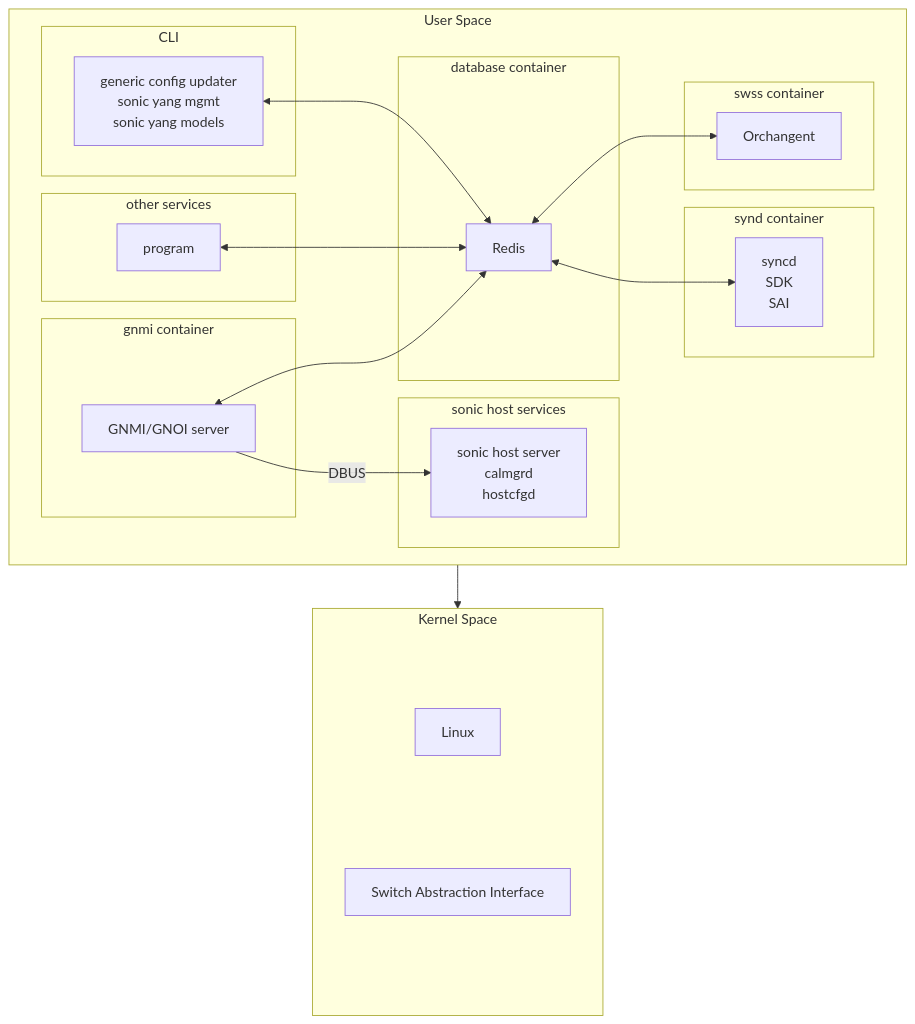
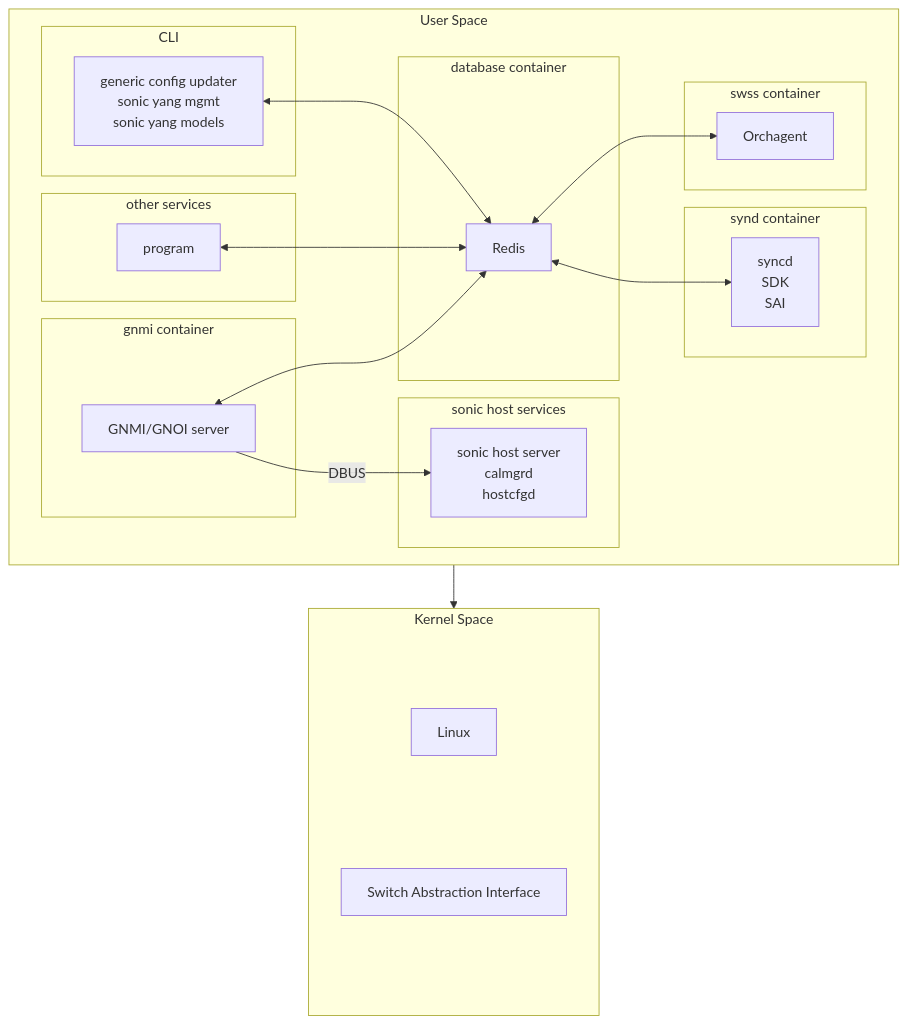
One commit to ganglyu/mermaid changed the diagram in management_plane.md. Above: the diagram before and after it, drawn with Mermaid.

````diff
--- a/management_plane.md
+++ b/management_plane.md
@@ -1,43 +1,43 @@
 ```mermaid
 flowchart TD
     subgraph UserSpace[User Space]
         subgraph gnmi container
             gnmi[GNMI/GNOI server]
         end
         subgraph sonic host services
             hostServices[sonic host server<br>calmgrd<br>hostcfgd]
         end
         subgraph other services
             program
         end
         subgraph swss container
-            Orchangent[Orchangent]
+            orchagent[Orchagent]
         end
         subgraph database container
             Redis[Redis]
         end
         subgraph synd container
             syncd[syncd<br>SDK<br>SAI]
         end
         subgraph CLI
             GCU[generic config updater<br>sonic yang mgmt<br>sonic yang models]
         end
         gnmi <--> Redis
         gnmi --> |DBUS|hostServices
         program <--> Redis
         GCU <--> Redis
-        Redis <--> Orchangent
+        Redis <--> orchagent
         Redis <--> syncd
     end
     subgraph KernelSpace[Kernel Space]
         KernelA[ ]
         Linux[Linux]
         KernelB[ ]
         SAI[Switch Abstraction Interface]
         KernelC[ ]
         style KernelA visibility:hidden
         style KernelB visibility:hidden
         style KernelC visibility:hidden
     end
     UserSpace --> KernelSpace
 ```
````
